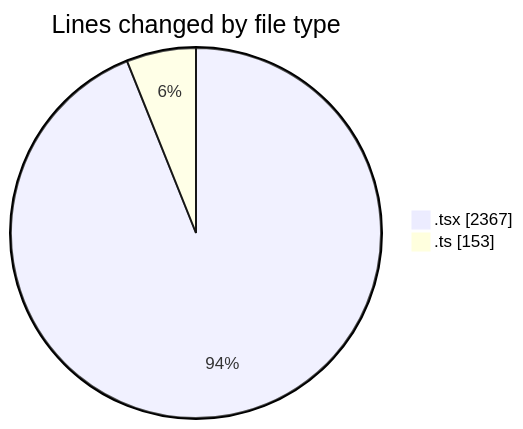
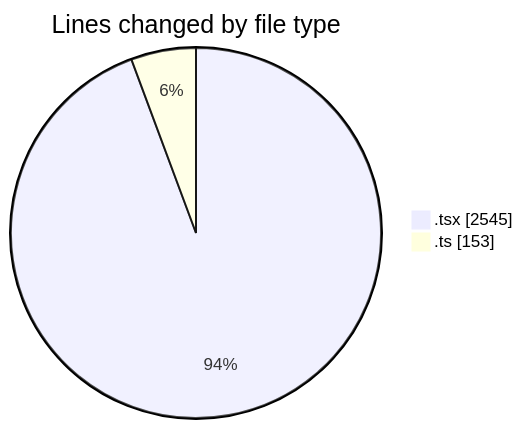
One commit to nxtqubesakshisongat/code-tracking changed the first of 2 diagrams in 2026-03-27/nxtqube_webapp/README.md. Above: the diagram before and after it, drawn with Mermaid. The commit also changed other lines of this file and 1 other file, not shown here.

````diff
--- a/2026-03-27/nxtqube_webapp/README.md
+++ b/2026-03-27/nxtqube_webapp/README.md
@@ -23,6 +23,6 @@
 ```mermaid
 pie showData
 title Lines changed by file type
-".tsx" : 2367
+".tsx" : 2545
 ".ts" : 153
 ```
````
